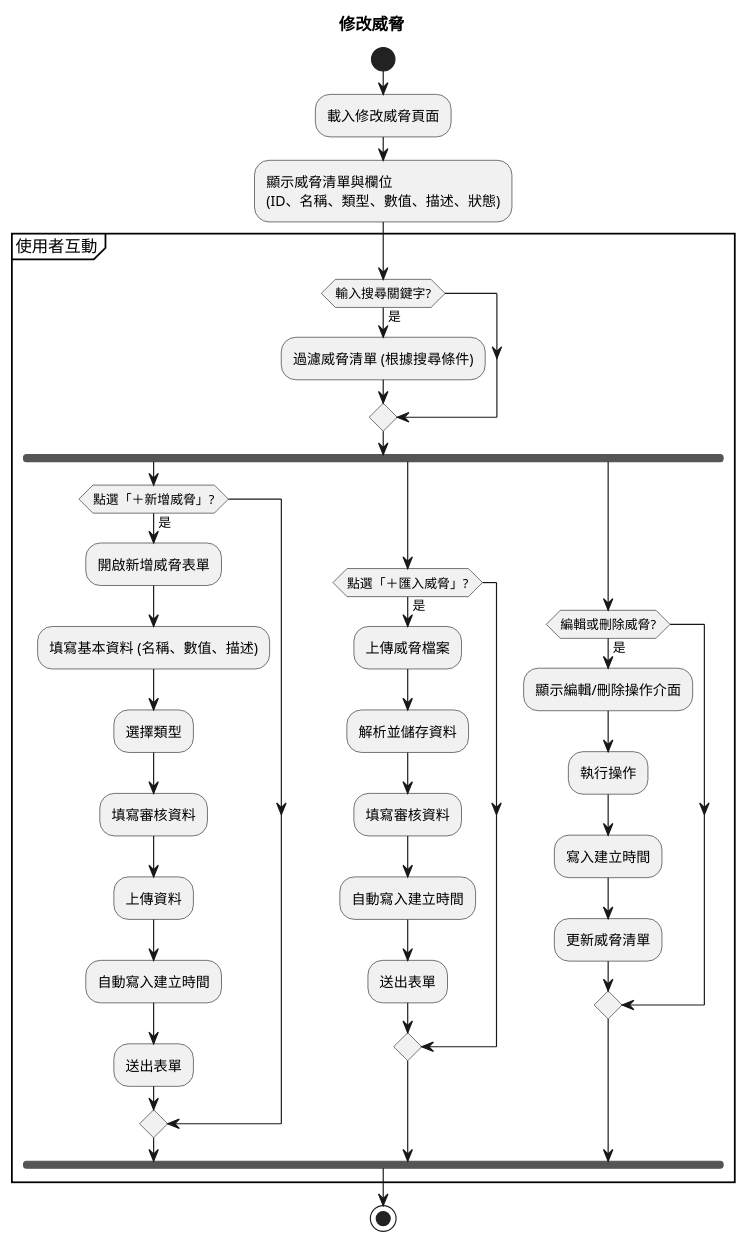
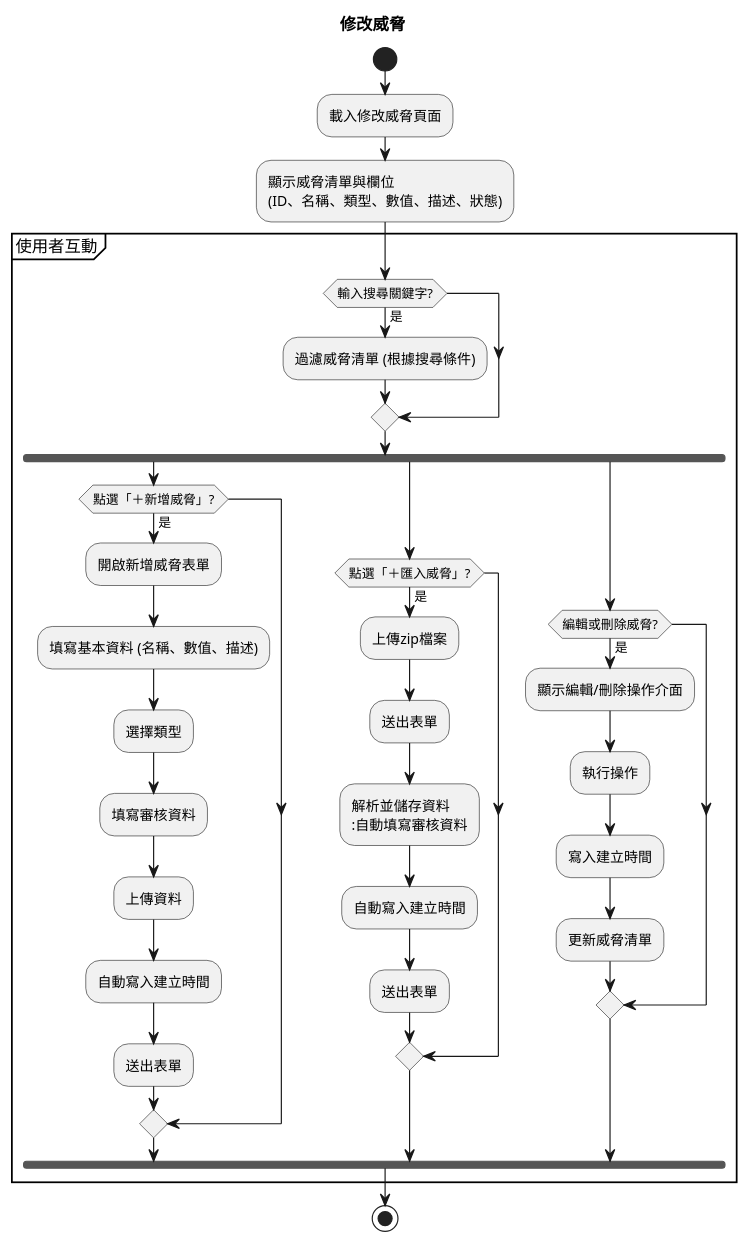
The diagram in plantUML/activity/threat_edit.puml (walle45611/NTUB_SecuManag_Diagram), drawn with PlantUML before and after one commit. The commit also changed 6 other files, not shown here.

```diff
--- a/plantUML/activity/threat_edit.puml
+++ b/plantUML/activity/threat_edit.puml
@@ -1,45 +1,46 @@
 @startuml edit_asset_activity
 title 修改威脅
 start
 
 :載入修改威脅頁面;
 
 :顯示威脅清單與欄位
 (ID、名稱、類型、數值、描述、狀態);
 
 partition "使用者互動" {
 
     if (輸入搜尋關鍵字?) then (是)
         :過濾威脅清單 (根據搜尋條件);
     endif
     fork
         if (點選「＋新增威脅」?) then (是)
             :開啟新增威脅表單;
             :填寫基本資料 (名稱、數值、描述);
             :選擇類型;
             :填寫審核資料;
             :上傳資料;
             :自動寫入建立時間;
             :送出表單;
         endif
     fork again
         if (點選「＋匯入威脅」?) then (是)
-            :上傳威脅檔案;
-            :解析並儲存資料;
-            :填寫審核資料;
+            :上傳zip檔案;
+            :送出表單;
+            :解析並儲存資料
+            :自動填寫審核資料;
             :自動寫入建立時間;
             :送出表單;
         endif
     fork again
         if (編輯或刪除威脅?) then (是)
             :顯示編輯/刪除操作介面;
             :執行操作;
             :寫入建立時間;
             :更新威脅清單;
         endif
     end fork
 }
 
 stop
 
 @enduml
```
